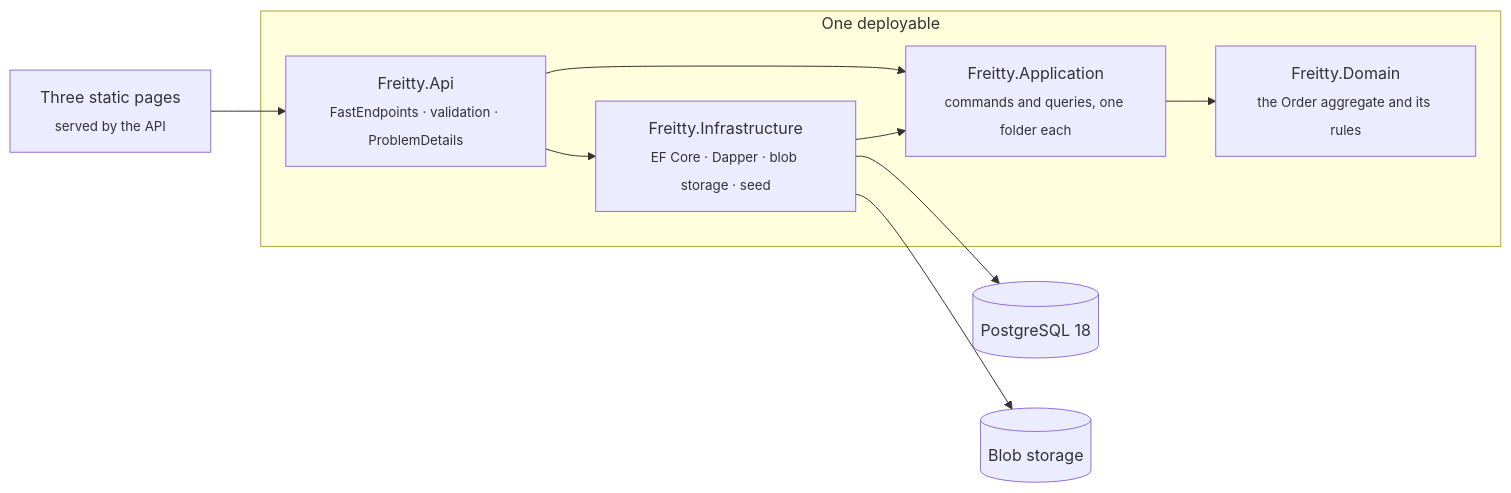
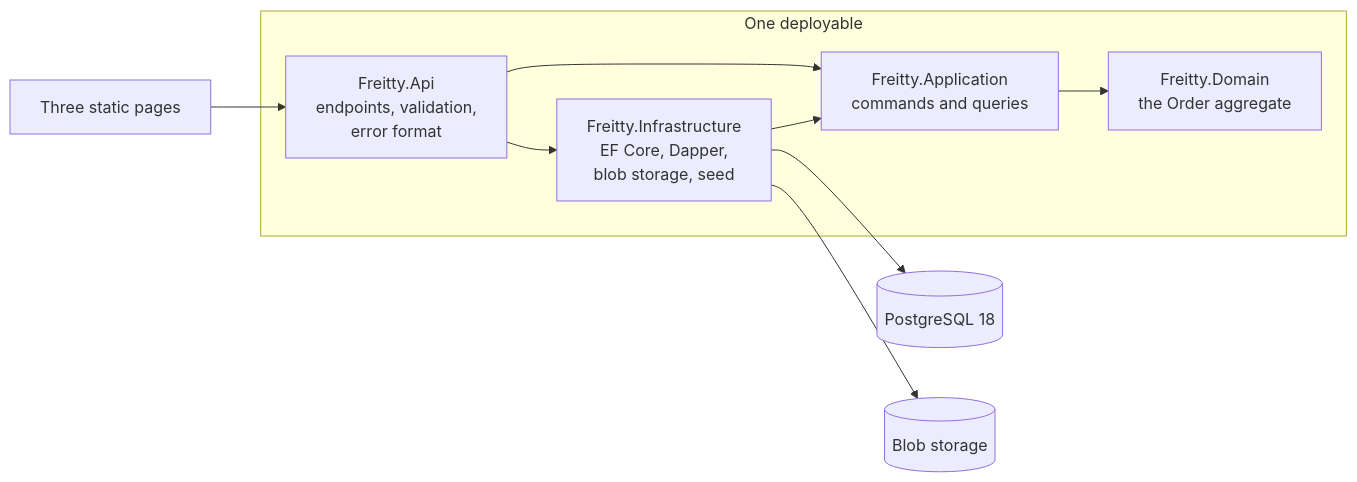
Before and after one commit to bohdan-ivaniichuk/freitty-cabinet-api: the first of 3 diagrams in README.md, drawn with Mermaid. The commit also changed other lines of this file, not shown here.

First line of the commit message:
Shorten the labels of the README's diagrams

````diff
--- a/README.md
+++ b/README.md
@@ -100,14 +100,14 @@
 ```mermaid
 flowchart LR
-    Pages["Three static pages<br/><sub>served by the API</sub>"] --> Api
+    Pages["Three static pages"] --> Api
     subgraph App["One deployable"]
-        Api["Freitty.Api<br/><sub>FastEndpoints · validation · ProblemDetails</sub>"]
-        Application["Freitty.Application<br/><sub>commands and queries, one folder each</sub>"]
-        Domain["Freitty.Domain<br/><sub>the Order aggregate and its rules</sub>"]
-        Infrastructure["Freitty.Infrastructure<br/><sub>EF Core · Dapper · blob storage · seed</sub>"]
+        Api["Freitty.Api<br/>endpoints, validation,<br/>error format"]
+        Application["Freitty.Application<br/>commands and queries"]
+        Domain["Freitty.Domain<br/>the Order aggregate"]
+        Infrastructure["Freitty.Infrastructure<br/>EF Core, Dapper,<br/>blob storage, seed"]
         Api --> Application --> Domain
         Api --> Infrastructure --> Application
     end
     Infrastructure --> Db[("PostgreSQL 18")]
     Infrastructure --> Blob[("Blob storage")]
 ```
````
